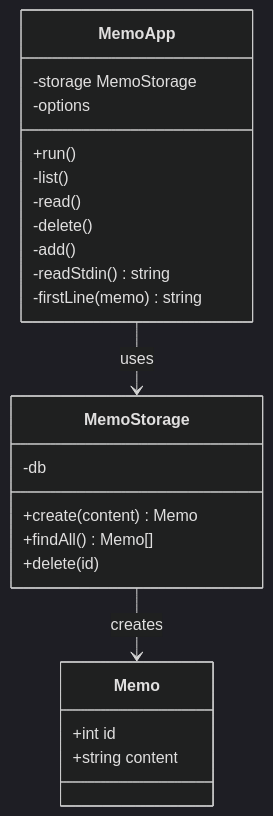
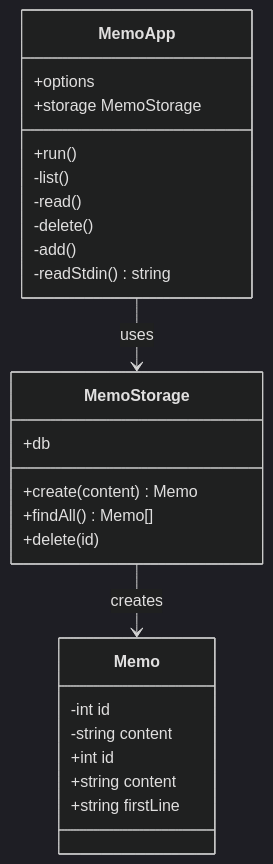
The diagram in 04.class/mermaid.md (oyamairishitomi/js-practices), drawn with Mermaid (dark theme) before and after one commit. The commit also changed 2 other files, not shown here.

Commit message:
firstLineの責務をMemoAppからMemoに移す

````diff
--- a/04.class/mermaid.md
+++ b/04.class/mermaid.md
@@ -1,29 +1,31 @@
 ```mermaid
 classDiagram
   class Memo {
+    -int id
+    -string content
     +int id
     +string content
+    +string firstLine
   }
 
   class MemoStorage {
-    -db
+    +db
     +create(content) Memo
     +findAll() Memo[]
     +delete(id)
   }
 
   class MemoApp {
-    -storage MemoStorage
-    -options
+    +options
+    +storage MemoStorage
     +run()
     -list()
     -read()
     -delete()
     -add()
     -readStdin() string
-    -firstLine(memo) string
   }
 
   MemoApp --> MemoStorage : uses
   MemoStorage --> Memo : creates
 ```
````
